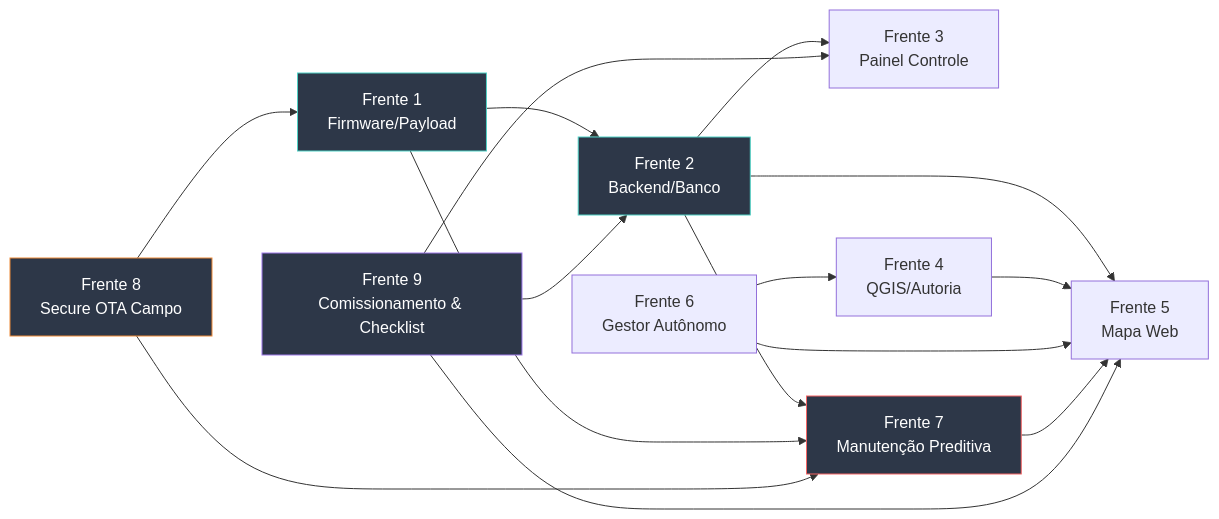
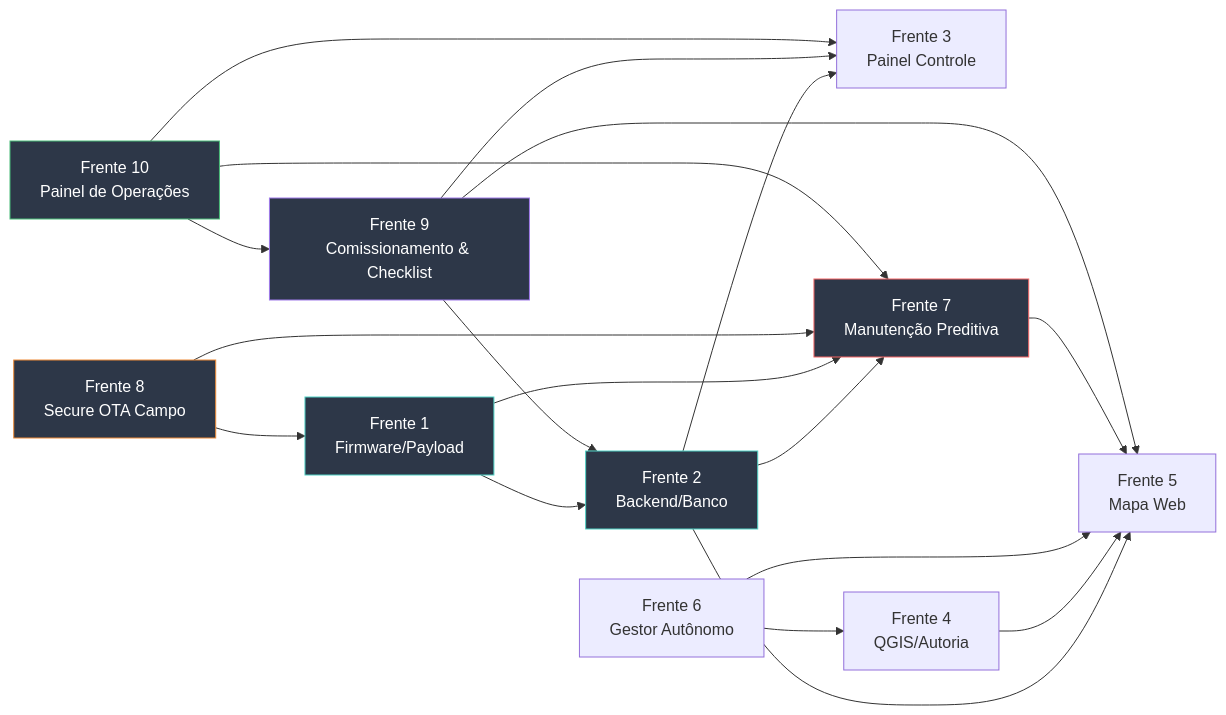
One commit to Hardtron/Sentinela changed the second of 2 diagrams in antigravityplan.md. Above: the diagram before and after it, drawn with Mermaid. The commit also changed other lines of this file and 8 other files, not shown here.

````diff
--- a/antigravityplan.md
+++ b/antigravityplan.md
@@ -751,23 +985,27 @@
 ```mermaid
 graph LR
     F1[Frente 1<br>Firmware/Payload] --> F2[Frente 2<br>Backend/Banco]
     F2 --> F3[Frente 3<br>Painel Controle]
     F2 --> F5[Frente 5<br>Mapa Web]
     F4[Frente 4<br>QGIS/Autoria] --> F5
     F2 --> F7[Frente 7<br>Manutenção Preditiva]
     F1 --> F7
     F6[Frente 6<br>Gestor Autônomo] --> F5
     F6 --> F4
     F7 --> F5
     F8[Frente 8<br>Secure OTA Campo] --> F1
     F8 --> F7
     F9[Frente 9<br>Comissionamento & Checklist] --> F2
     F9 --> F5
     F9 --> F3
+    F10[Frente 10<br>Painel de Operações] --> F3
+    F10 --> F9
+    F10 --> F7
     
     style F1 fill:#2d3748,stroke:#4fd1c5,color:#fff
     style F2 fill:#2d3748,stroke:#4fd1c5,color:#fff
     style F7 fill:#2d3748,stroke:#f56565,color:#fff
     style F8 fill:#2d3748,stroke:#ed8936,color:#fff
     style F9 fill:#2d3748,stroke:#9f7aea,color:#fff
+    style F10 fill:#2d3748,stroke:#48bb78,color:#fff
 ```
````
